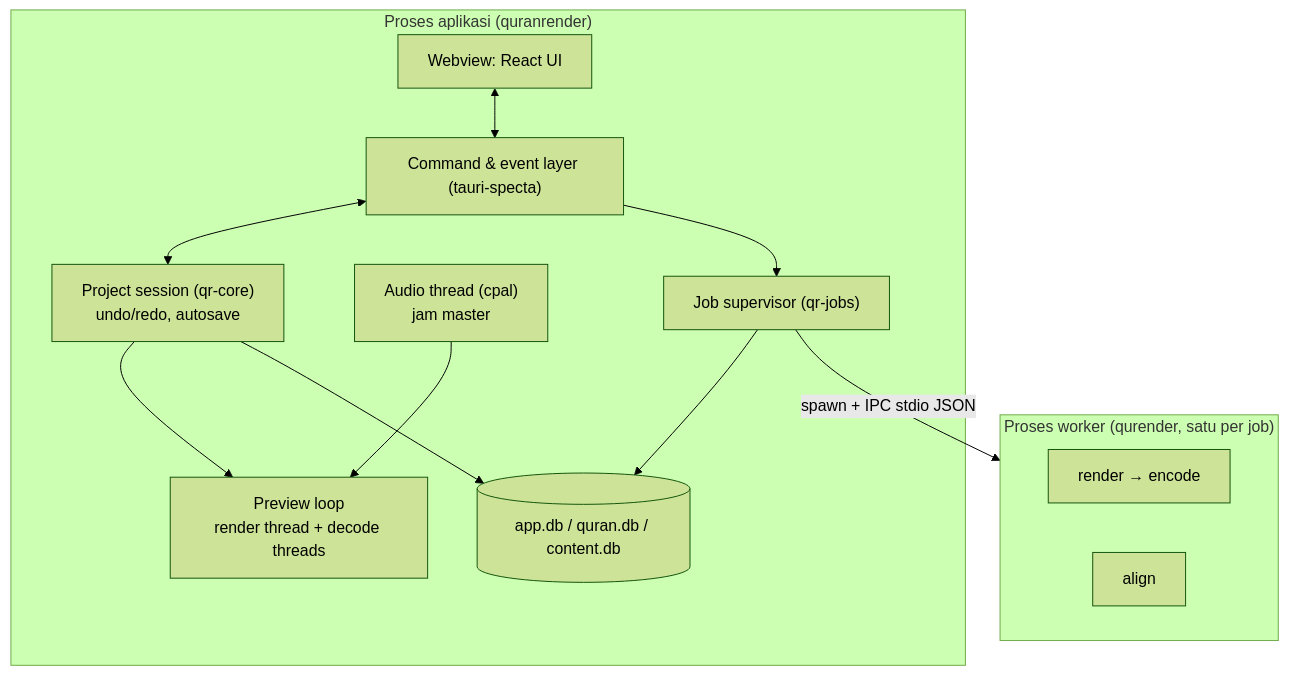
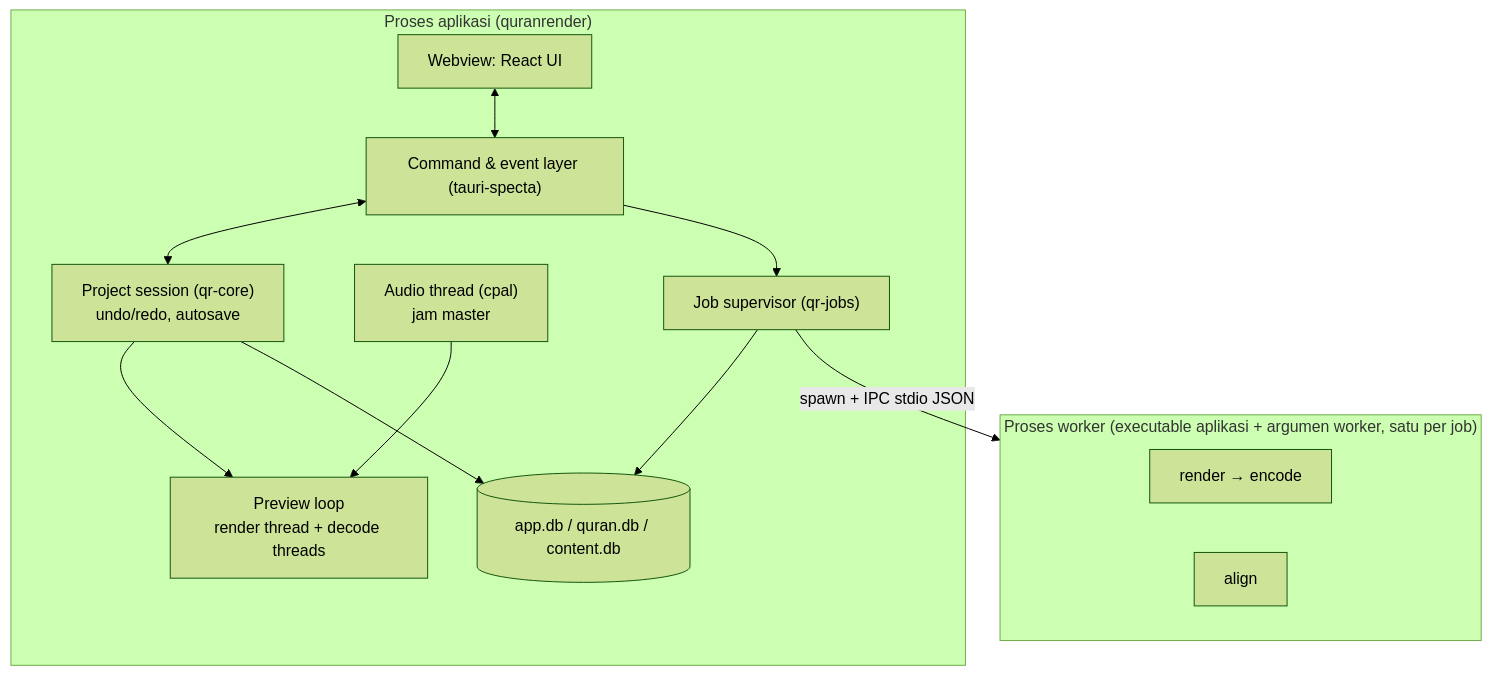
Before and after one commit to abiiayyas/QuranRender: the second of 4 diagrams in docs/engineering/01_TECHNICAL_HANDOFF.md, drawn with Mermaid (forest theme). The commit also changed other lines of this file and 101 other files, not shown here.

````diff
--- a/docs/engineering/01_TECHNICAL_HANDOFF.md
+++ b/docs/engineering/01_TECHNICAL_HANDOFF.md
@@ -144,24 +144,24 @@
 ```mermaid
 flowchart TB
   subgraph APP["Proses aplikasi (quranrender)"]
     UI["Webview: React UI"]
     CMD["Command & event layer (tauri-specta)"]
     DOC["Project session (qr-core)<br/>undo/redo, autosave"]
     PRE["Preview loop<br/>render thread + decode threads"]
     AUD["Audio thread (cpal)<br/>jam master"]
     JQ["Job supervisor (qr-jobs)"]
     DB[("app.db / quran.db / content.db")]
   end
-  subgraph WORK["Proses worker (qurender, satu per job)"]
+  subgraph WORK["Proses worker (executable aplikasi + argumen worker, satu per job)"]
     EXP["render → encode"]
     ALN["align"]
   end
   UI <--> CMD
   CMD <--> DOC
   DOC --> PRE
   AUD --> PRE
   CMD --> JQ
   JQ -->|spawn + IPC stdio JSON| WORK
   DOC --> DB
   JQ --> DB
 ```
````
